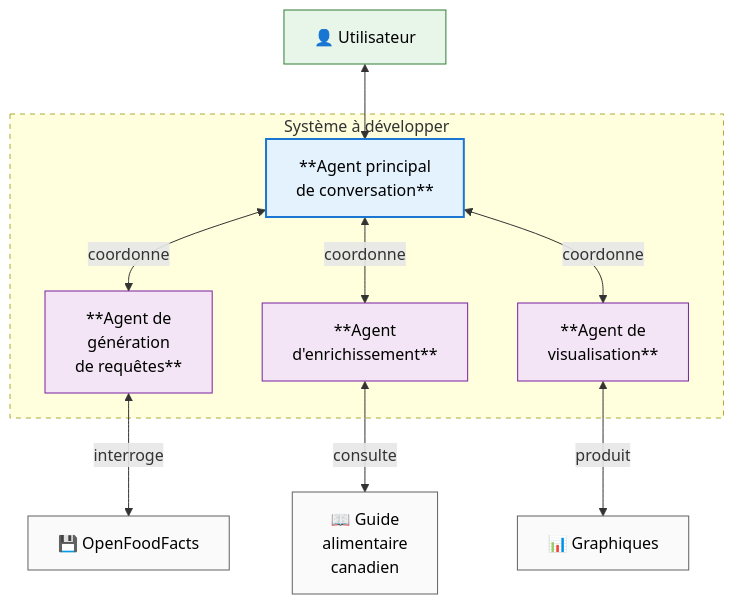
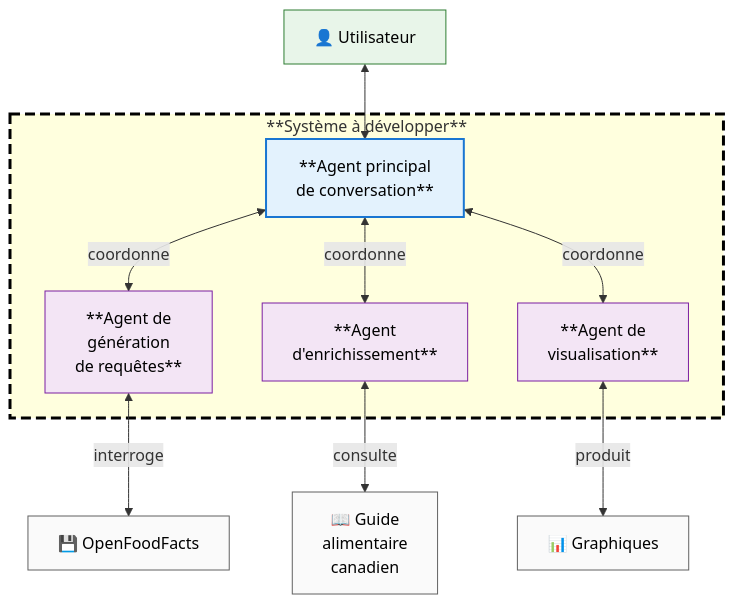
Before and after one commit to boisalai/ift-6005: the second of 2 diagrams in docs/markdown/plan.md, drawn with Mermaid.

````diff
--- a/docs/markdown/plan.md
+++ b/docs/markdown/plan.md
@@ -93,32 +93,32 @@
 ```mermaid
 graph TD
     %% Définition de classes avec texte en noir
     classDef main fill:#e3f2fd,stroke:#1976d2,color:#000000,stroke-width:2px
     classDef agent fill:#f3e5f5,stroke:#7b1fa2,color:#000000
     classDef resource fill:#fafafa,stroke:#616161,color:#000000
     classDef user fill:#e8f5e9,stroke:#2e7d32,color:#000000
-    classDef system_border stroke-dasharray: 5 5
+    classDef system_border stroke:#000000,stroke-width:3px,stroke-dasharray:10 5
 
     U["👤 Utilisateur"] <--> MA
 
-    subgraph S[Système à développer]
+    subgraph S[**Système à développer**<br>&nbsp;]
         MA["**Agent principal<br>de conversation**"]
         A1["**Agent de<br>génération<br>de requêtes**"]
         A2["**Agent<br>d'enrichissement**"]
         A3["**Agent de<br>visualisation**"]
         
         MA <-->|coordonne| A1
         MA <-->|coordonne| A2
         MA <-->|coordonne| A3
     end
     
     A1 <-->|interroge| DB["💾 OpenFoodFacts"]
     A2 <-->|consulte| GAC["📖 Guide<br>alimentaire<br>canadien"]
     A3 <-->|produit| V["📊 Graphiques"]
     
     class MA main
     class A1,A2,A3 agent
     class DB,GAC,V resource
     class U user
     class S system_border
 ```
````
